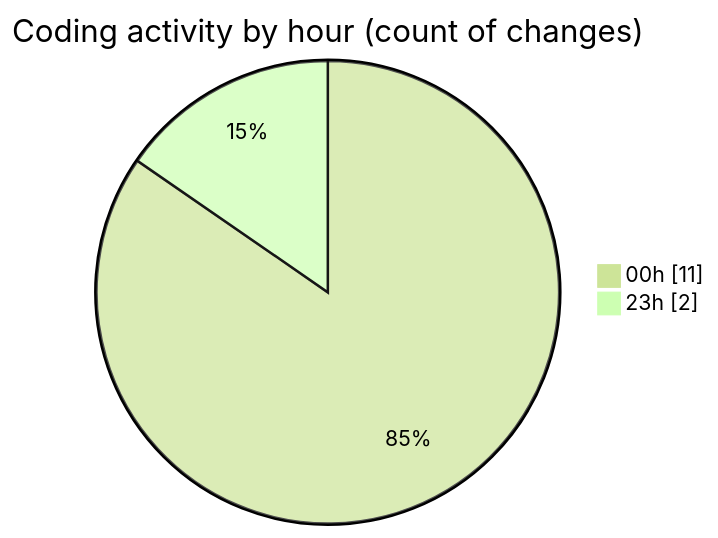
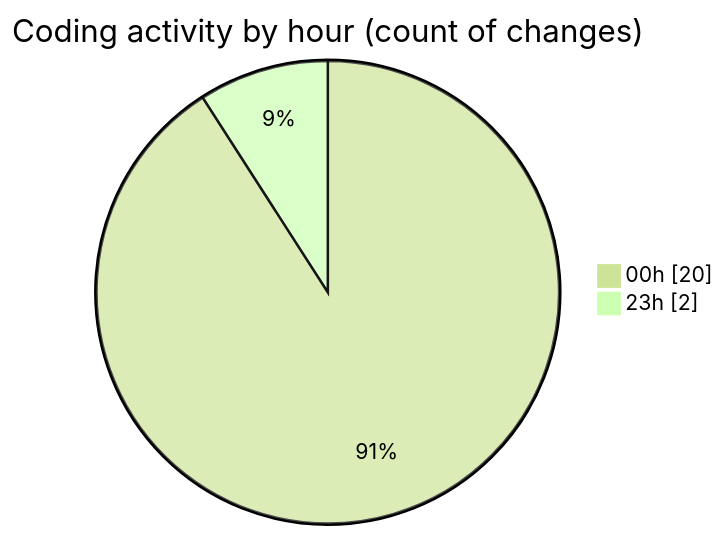
One commit to Elitesun/code-tracking changed the second of 2 diagrams in 2025-05-29/advertise/README.md. Above: the diagram before and after it, drawn with Mermaid (forest theme). The commit also changed other lines of this file and 1 other file, not shown here.

````diff
--- a/2025-05-29/advertise/README.md
+++ b/2025-05-29/advertise/README.md
@@ -33,6 +35,6 @@
 ```mermaid
 pie showData
 title Coding activity by hour (count of changes)
-"00h" : 11
+"00h" : 20
 "23h" : 2
 ```
````
